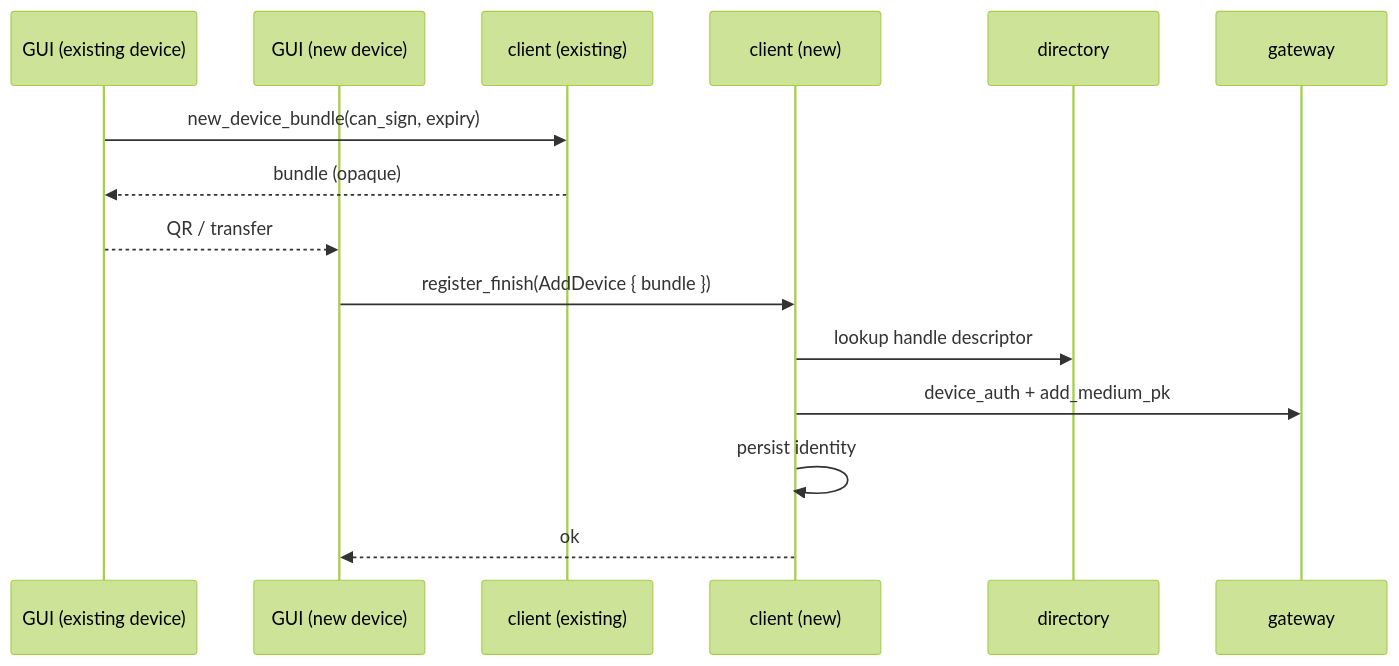
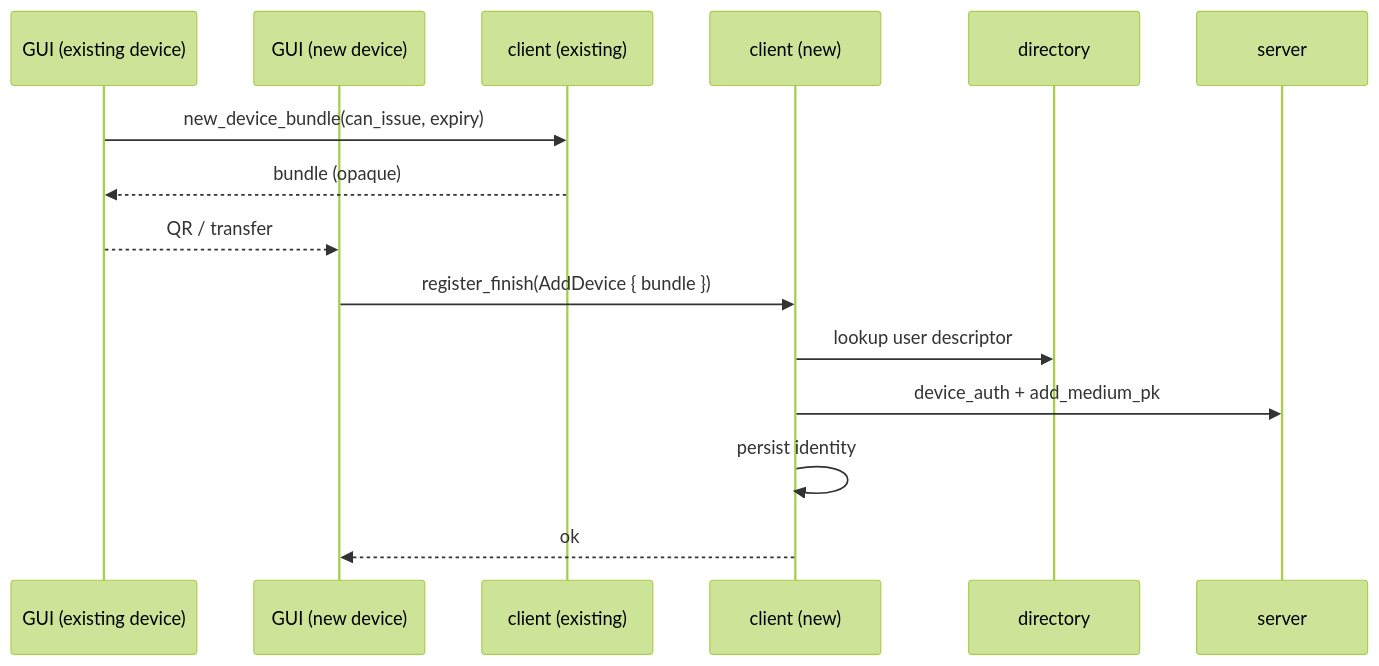
The second of 3 diagrams in libraries/xirtam-client/README.md (mel-project/nullspace), drawn with Mermaid (forest theme) before and after one commit. The commit also changed other lines of this file and 68 other files, not shown here.

````diff
--- a/libraries/xirtam-client/README.md
+++ b/libraries/xirtam-client/README.md
@@ -80,18 +80,18 @@
 ```mermaid
 sequenceDiagram
   participant GUI1 as GUI (existing device)
   participant GUI2 as GUI (new device)
   participant Client1 as client (existing)
   participant Client2 as client (new)
   participant Dir as directory
-  participant GW as gateway
+  participant GW as server
 
-  GUI1->>Client1: new_device_bundle(can_sign, expiry)
+  GUI1->>Client1: new_device_bundle(can_issue, expiry)
   Client1-->>GUI1: bundle (opaque)
   GUI1-->>GUI2: QR / transfer
   GUI2->>Client2: register_finish(AddDevice { bundle })
-  Client2->>Dir: lookup handle descriptor
+  Client2->>Dir: lookup user descriptor
   Client2->>GW: device_auth + add_medium_pk
   Client2->>Client2: persist identity
   Client2-->>GUI2: ok
 ```
````
